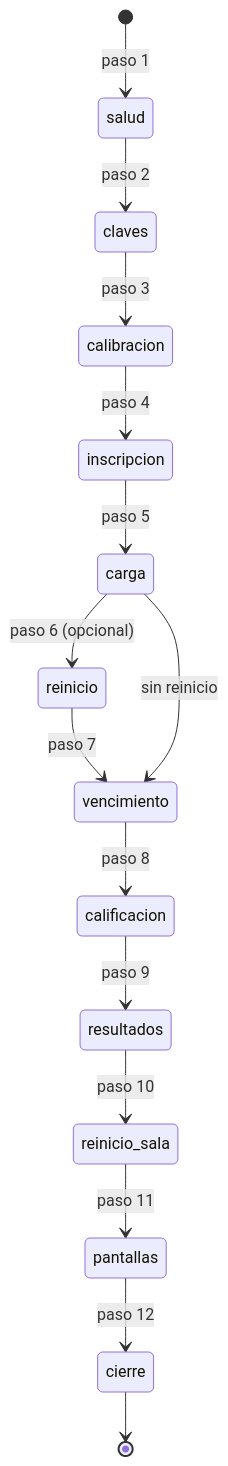
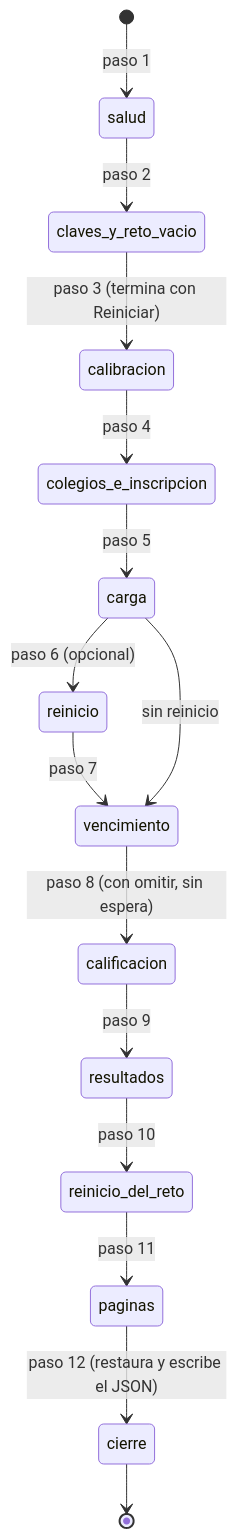
The first of 2 diagrams in aidlc/spaces/default/intents/261024-publicar-reto-nube/construction/u2-prueba-comun/functional-design/functional-spec.md (statistical-engineering/iest-sem-reto-desinformacion-colegios), drawn with Mermaid before and after one commit. The commit also changed other lines of this file and 114 other files, not shown here.

````diff
--- a/aidlc/spaces/default/intents/261024-publicar-reto-nube/construction/u2-prueba-comun/functional-design/functional-spec.md
+++ b/aidlc/spaces/default/intents/261024-publicar-reto-nube/construction/u2-prueba-comun/functional-design/functional-spec.md
@@ -204,17 +353,17 @@
 ```mermaid
 stateDiagram-v2
   [*] --> salud: paso 1
-  salud --> claves: paso 2
-  claves --> calibracion: paso 3
-  calibracion --> inscripcion: paso 4
-  inscripcion --> carga: paso 5
+  salud --> claves_y_reto_vacio: paso 2
+  claves_y_reto_vacio --> calibracion: paso 3 (termina con Reiniciar)
+  calibracion --> colegios_e_inscripcion: paso 4
+  colegios_e_inscripcion --> carga: paso 5
   carga --> reinicio: paso 6 (opcional)
   reinicio --> vencimiento: paso 7
   carga --> vencimiento: sin reinicio
-  vencimiento --> calificacion: paso 8
+  vencimiento --> calificacion: paso 8 (con omitir, sin espera)
   calificacion --> resultados: paso 9
-  resultados --> reinicio_sala: paso 10
-  reinicio_sala --> pantallas: paso 11
-  pantallas --> cierre: paso 12
+  resultados --> reinicio_del_reto: paso 10
+  reinicio_del_reto --> paginas: paso 11
+  paginas --> cierre: paso 12 (restaura y escribe el JSON)
   cierre --> [*]
 ```
````
